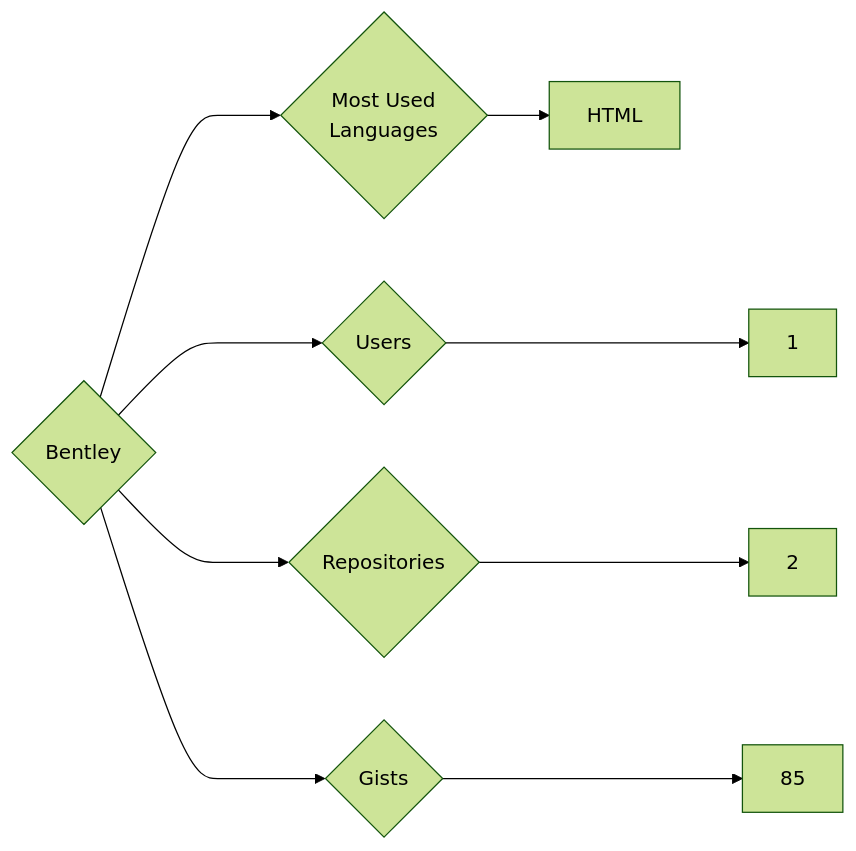
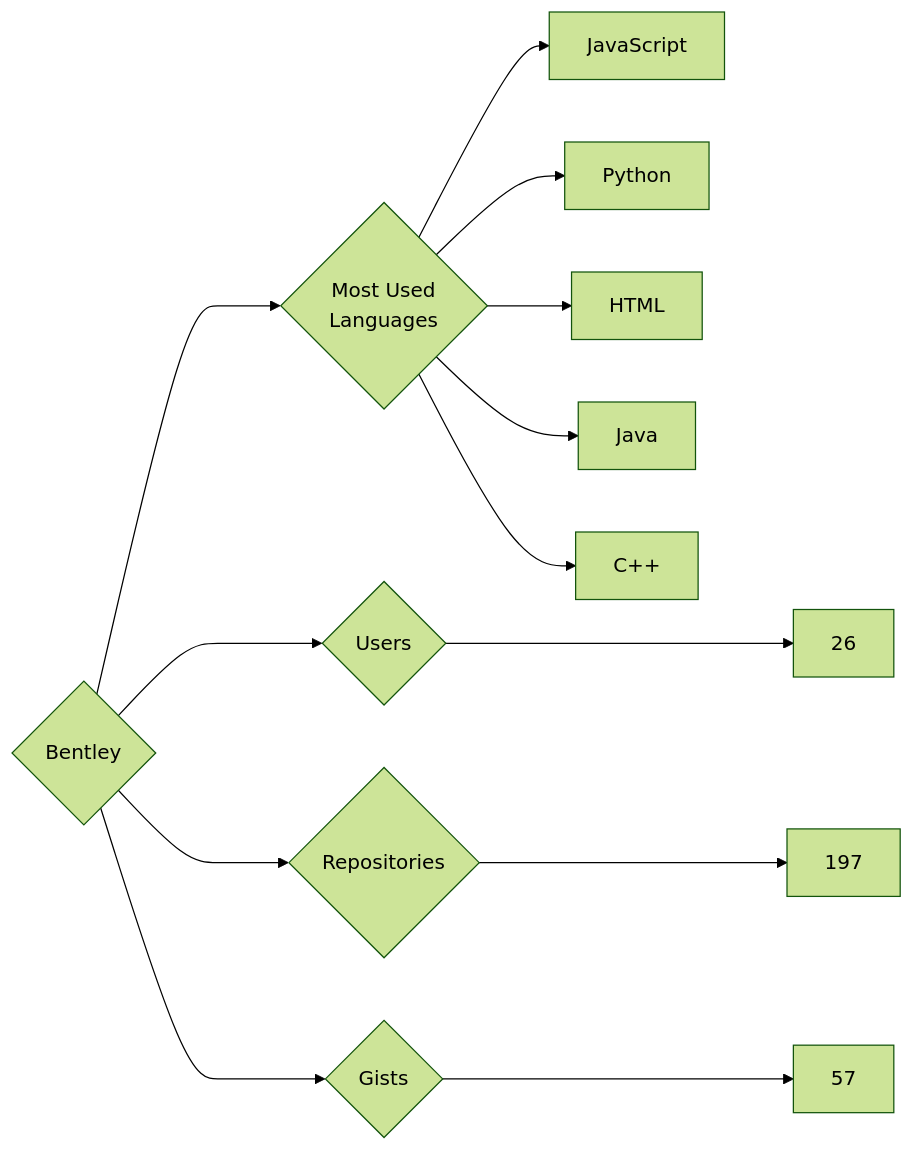
The diagram in targets/Bentley/README.md (trickest/insiders), drawn with Mermaid (forest theme) before and after one commit. The commit also changed 720 other files, not shown here.

````diff
--- a/targets/Bentley/README.md
+++ b/targets/Bentley/README.md
@@ -3,9 +3,13 @@
 ```mermaid
 graph LR
 COMPANY_NAME{Bentley}
-COMPANY_NAME ---> U{Users} ---> UN[1]
-COMPANY_NAME ---> R{Repositories} ---> RN[2]
-COMPANY_NAME ---> G{Gists} ---> GN[85]
+COMPANY_NAME ---> U{Users} ---> UN[26]
+COMPANY_NAME ---> R{Repositories} ---> RN[197]
+COMPANY_NAME ---> G{Gists} ---> GN[57]
 COMPANY_NAME ---> ML{Most Used<br>Languages}
+ML --> JavaScript[JavaScript]
+ML --> Python[Python]
 ML --> HTML[HTML]
+ML --> Java[Java]
+ML --> C++[C++]
 ```
````
